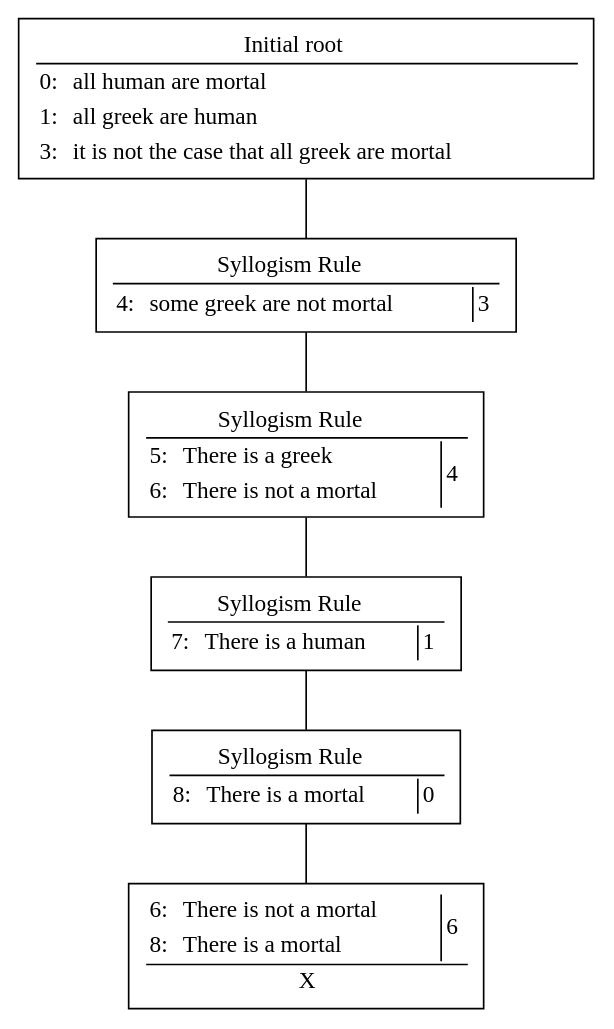
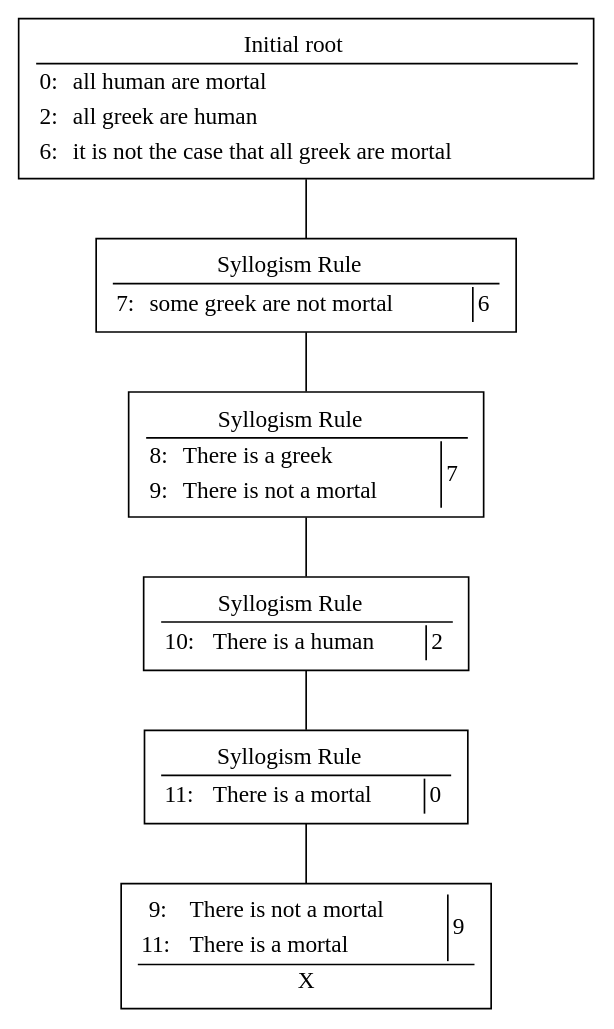
The diagram in code/src/solve-trees/syllogism.gv (AlexandraDI/Reasoning_with_Natural_Language), drawn with Graphviz before and after one commit. The commit also changed 3 other files, not shown here.

```diff
--- a/code/src/solve-trees/syllogism.gv
+++ b/code/src/solve-trees/syllogism.gv
@@ -1,49 +1,49 @@
 graph " " {
 0 [id=root_node, label=<
         <table border="0" CELLBORDER="1">
         <tr><td COLSPAN="3" ALIGN="CENTER" SIDES="B">Initial root</td></tr>
-        <tr><td BORDER="0" CELLSPACING="10">0:</td><td BORDER="0" ALIGN="LEFT">all human are mortal</td></tr><tr><td BORDER="0" CELLSPACING="10">1:</td><td BORDER="0" ALIGN="LEFT">all greek are human</td></tr><tr><td BORDER="0" CELLSPACING="10">3:</td><td BORDER="0" ALIGN="LEFT">it is not the case that all greek are mortal</td></tr>
+        <tr><td BORDER="0" CELLSPACING="10">0:</td><td BORDER="0" ALIGN="LEFT">all human are mortal</td></tr><tr><td BORDER="0" CELLSPACING="10">2:</td><td BORDER="0" ALIGN="LEFT">all greek are human</td></tr><tr><td BORDER="0" CELLSPACING="10">6:</td><td BORDER="0" ALIGN="LEFT">it is not the case that all greek are mortal</td></tr>
         
         </table>
         >, shape=polygon, tooltip=" "];
 1 [id=node_1, label=<
         <table border="0" CELLBORDER="1">
         <tr><td COLSPAN="3" ALIGN="CENTER" SIDES="B">Syllogism Rule</td></tr>
-        <tr><td BORDER="0" CELLSPACING="10">4:</td><td BORDER="0" ALIGN="LEFT">some greek are not mortal</td><td ROWSPAN="1" SIDES="L">3</td></tr>
+        <tr><td BORDER="0" CELLSPACING="10">7:</td><td BORDER="0" ALIGN="LEFT">some greek are not mortal</td><td ROWSPAN="1" SIDES="L">6</td></tr>
         
         </table>
         >, shape=polygon, tooltip=" "];
 0 -- 1;
 2 [id=node_2, label=<
         <table border="0" CELLBORDER="1">
         <tr><td COLSPAN="3" ALIGN="CENTER" SIDES="B">Syllogism Rule</td></tr>
-        <tr><td BORDER="0" CELLSPACING="10">5:</td><td BORDER="0" ALIGN="LEFT">There is a greek</td><td ROWSPAN="2" SIDES="L">4</td></tr><tr><td BORDER="0" CELLSPACING="10">6:</td><td BORDER="0" ALIGN="LEFT">There is not a mortal</td></tr>
+        <tr><td BORDER="0" CELLSPACING="10">8:</td><td BORDER="0" ALIGN="LEFT">There is a greek</td><td ROWSPAN="2" SIDES="L">7</td></tr><tr><td BORDER="0" CELLSPACING="10">9:</td><td BORDER="0" ALIGN="LEFT">There is not a mortal</td></tr>
         
         </table>
         >, shape=polygon, tooltip=" "];
 1 -- 2;
 3 [id=node_3, label=<
         <table border="0" CELLBORDER="1">
         <tr><td COLSPAN="3" ALIGN="CENTER" SIDES="B">Syllogism Rule</td></tr>
-        <tr><td BORDER="0" CELLSPACING="10">7:</td><td BORDER="0" ALIGN="LEFT">There is a human</td><td ROWSPAN="1" SIDES="L">1</td></tr>
+        <tr><td BORDER="0" CELLSPACING="10">10:</td><td BORDER="0" ALIGN="LEFT">There is a human</td><td ROWSPAN="1" SIDES="L">2</td></tr>
         
         </table>
         >, shape=polygon, tooltip=" "];
 2 -- 3;
 4 [id=node_4, label=<
         <table border="0" CELLBORDER="1">
         <tr><td COLSPAN="3" ALIGN="CENTER" SIDES="B">Syllogism Rule</td></tr>
-        <tr><td BORDER="0" CELLSPACING="10">8:</td><td BORDER="0" ALIGN="LEFT">There is a mortal</td><td ROWSPAN="1" SIDES="L">0</td></tr>
+        <tr><td BORDER="0" CELLSPACING="10">11:</td><td BORDER="0" ALIGN="LEFT">There is a mortal</td><td ROWSPAN="1" SIDES="L">0</td></tr>
         
         </table>
         >, shape=polygon, tooltip=" "];
 3 -- 4;
 5 [id=node_5, label=<
         <table border="0" CELLBORDER="1">
         
-        <tr><td BORDER="0" CELLSPACING="10">6:</td><td BORDER="0" ALIGN="LEFT">There is not a mortal</td><td ROWSPAN="2" SIDES="L">6</td></tr><tr><td BORDER="0" CELLSPACING="10">8:</td><td BORDER="0" ALIGN="LEFT">There is a mortal</td></tr>
+        <tr><td BORDER="0" CELLSPACING="10">9:</td><td BORDER="0" ALIGN="LEFT">There is not a mortal</td><td ROWSPAN="2" SIDES="L">9</td></tr><tr><td BORDER="0" CELLSPACING="10">11:</td><td BORDER="0" ALIGN="LEFT">There is a mortal</td></tr>
         <tr><td COLSPAN="3" ALIGN="CENTER" SIDES="T">X</td></tr>
         </table>
         >, shape=polygon, tooltip=" "];
 4 -- 5;
 }
```
